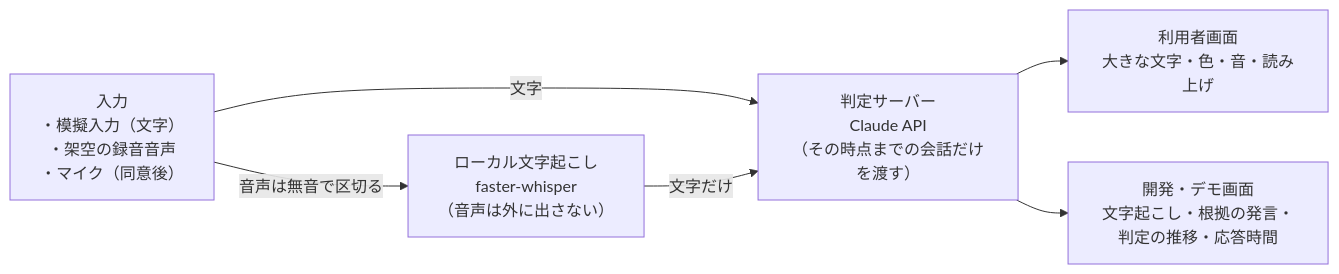
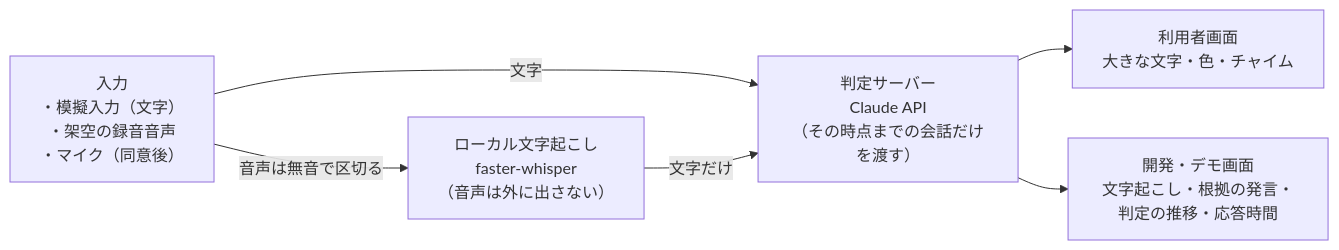
Before and after one commit to west-e/moshi-mamo: the diagram in README.md, drawn with Mermaid. The commit also changed other lines of this file and 26 other files, not shown here.

````diff
--- a/README.md
+++ b/README.md
@@ -30,8 +32,8 @@
 ```mermaid
 flowchart LR
   A["入力<br/>・模擬入力（文字）<br/>・架空の録音音声<br/>・マイク（同意後）"] -->|"音声は無音で区切る"| B["ローカル文字起こし<br/>faster-whisper<br/>（音声は外に出さない）"]
   A -->|文字| C
   B -->|文字だけ| C["判定サーバー<br/>Claude API<br/>（その時点までの会話だけを渡す）"]
-  C --> D["利用者画面<br/>大きな文字・色・音・読み上げ"]
+  C --> D["利用者画面<br/>大きな文字・色・チャイム"]
   C --> E["開発・デモ画面<br/>文字起こし・根拠の発言・判定の推移・応答時間"]
 ```
````
